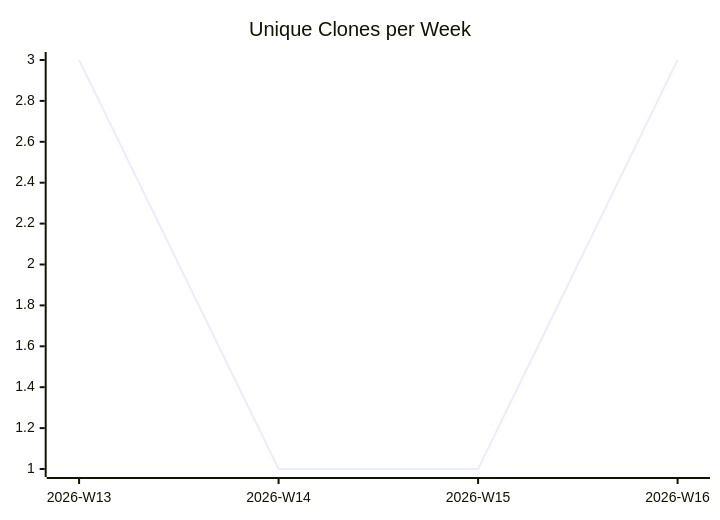
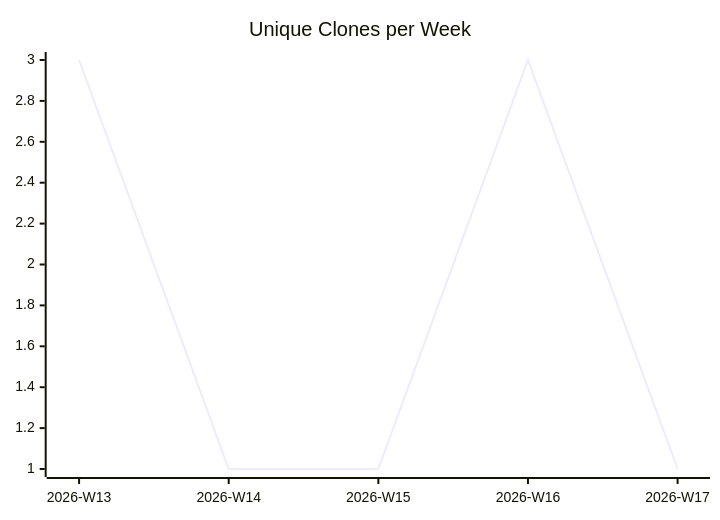
The third of 3 diagrams in karlmdavis/perfect-note/README.md (justdavis-family/github-analytics-data), drawn with Mermaid before and after one commit. The commit also changed other lines of this file and 192 other files, not shown here.

````diff
--- a/karlmdavis/perfect-note/README.md
+++ b/karlmdavis/perfect-note/README.md
@@ -19,6 +19,6 @@
 ```mermaid
 xychart-beta
   title "Unique Clones per Week"
-  x-axis ["2026-W13", "2026-W14", "2026-W15", "2026-W16"]
-  line [3, 1, 1, 3]
+  x-axis ["2026-W13", "2026-W14", "2026-W15", "2026-W16", "2026-W17"]
+  line [3, 1, 1, 3, 1]
 ```
````
